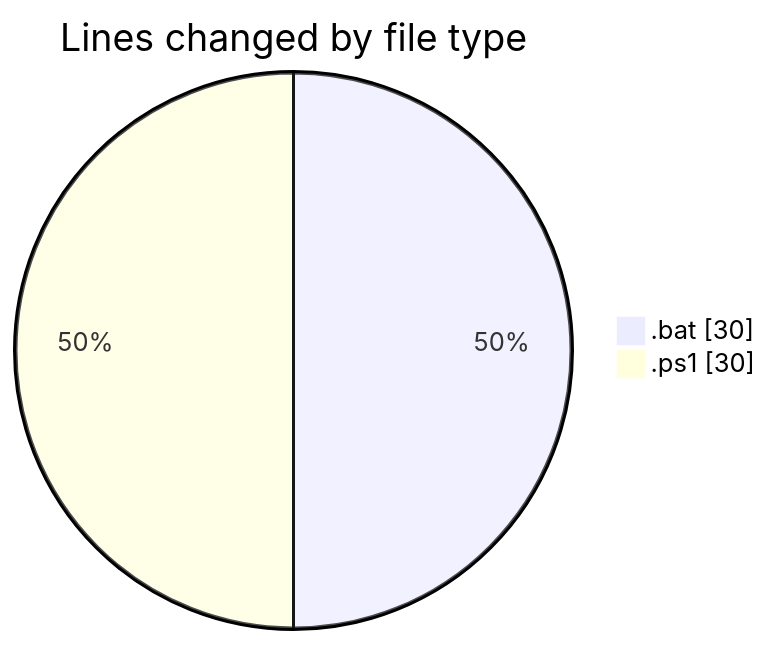
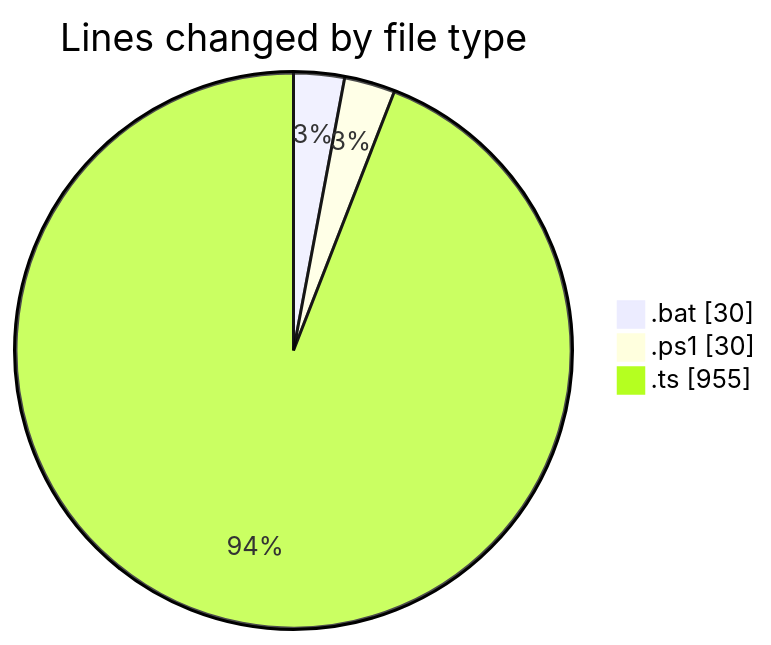
The first of 2 diagrams in 2025-09-11/hiai-phf/README.md (lephambinh05/code-tracking), drawn with Mermaid before and after one commit. The commit also changed other lines of this file and 1 other file, not shown here.

````diff
--- a/2025-09-11/hiai-phf/README.md
+++ b/2025-09-11/hiai-phf/README.md
@@ -21,6 +22,7 @@
 ```mermaid
 pie showData
 title Lines changed by file type
 ".bat" : 30
 ".ps1" : 30
+".ts" : 955
 ```
````
